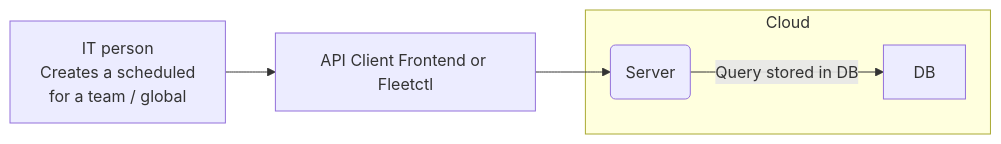
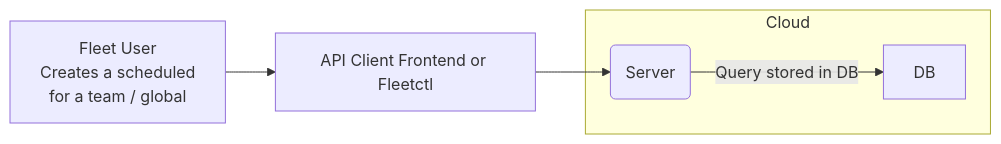
The fourth of 7 diagrams in docs/Contributing/high-level-architecture.md (fleetdm/fleet), drawn with Mermaid before and after one commit. The commit also changed other lines of this file, not shown here.

````diff
--- a/docs/Contributing/high-level-architecture.md
+++ b/docs/Contributing/high-level-architecture.md
@@ -113,14 +113,14 @@
 ```mermaid
 graph LR;
-    it_person[IT person<br>Creates a scheduled<br>for a team / global];
+    it_person[Fleet User<br>Creates a scheduled<br>for a team / global];
     api[API Client Frontend or Fleetctl];
 
     subgraph Cloud
         server(Server);
         db[DB];
     end
 
     it_person --> api;
     api --> server;
     server -- Query stored in DB--> db;
 ```
````
